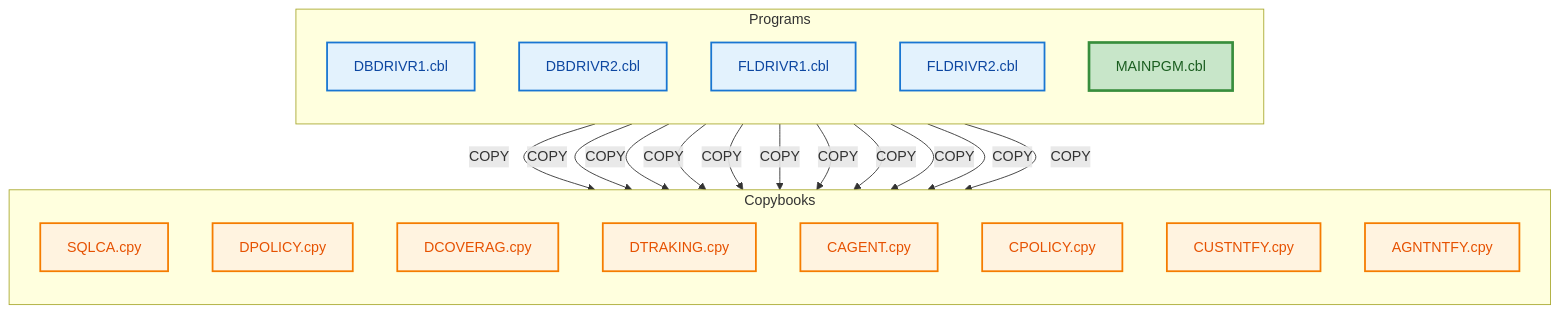
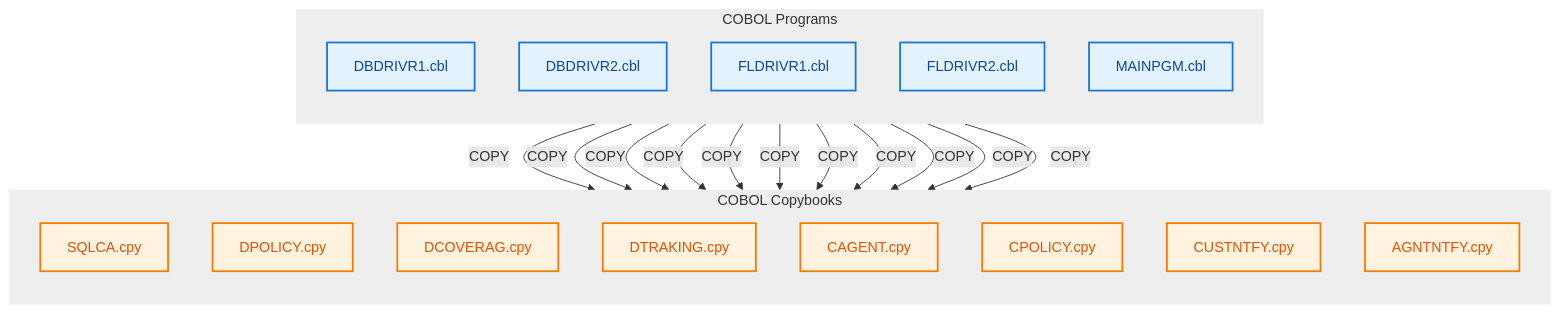
The diagram in csharp-output/dependency-diagram.md (Azure-Samples/Legacy-Modernization-Agents), drawn with Mermaid before and after one commit. The commit also changed 54 other files, not shown here.

````diff
--- a/csharp-output/dependency-diagram.md
+++ b/csharp-output/dependency-diagram.md
@@ -3,51 +3,50 @@
 ```mermaid
 graph TB
-  %% Styles
-  classDef program fill:#e3f2fd,stroke:#1976d2,stroke-width:2px,color:#0d47a1;
-  classDef copybook fill:#fff3e0,stroke:#f57c00,stroke-width:2px,color:#e65100;
-  classDef mainProgram fill:#c8e6c9,stroke:#388e3c,stroke-width:3px,color:#1b5e20;
+%% Styles
+classDef program fill:#e3f2fd,stroke:#1976d2,stroke-width:2px,color:#0d47a1;
+classDef copybook fill:#fff3e0,stroke:#f57c00,stroke-width:2px,color:#e65100;
+classDef subgraphTitle fill:#eeeeee,stroke:none,color:#333;
 
-  %% Programs Subgraph
-  subgraph Programs
+%% Programs Subgraph
+subgraph Programs [COBOL Programs]
     direction TB
     DBDRIVR1["DBDRIVR1.cbl"]
     DBDRIVR2["DBDRIVR2.cbl"]
     FLDRIVR1["FLDRIVR1.cbl"]
     FLDRIVR2["FLDRIVR2.cbl"]
     MAINPGM["MAINPGM.cbl"]
-  end
+end
+class Programs subgraphTitle
+class DBDRIVR1,DBDRIVR2,FLDRIVR1,FLDRIVR2,MAINPGM program
 
-  %% Copybooks Subgraph
-  subgraph Copybooks
+%% Copybooks Subgraph
+subgraph Copybooks [COBOL Copybooks]
     direction TB
     SQLCA["SQLCA.cpy"]
     DPOLICY["DPOLICY.cpy"]
     DCOVERAG["DCOVERAG.cpy"]
     DTRAKING["DTRAKING.cpy"]
     CAGENT["CAGENT.cpy"]
     CPOLICY["CPOLICY.cpy"]
     CUSTNTFY["CUSTNTFY.cpy"]
     AGNTNTFY["AGNTNTFY.cpy"]
-  end
+end
+class Copybooks subgraphTitle
+class SQLCA,DPOLICY,DCOVERAG,DTRAKING,CAGENT,CPOLICY,CUSTNTFY,AGNTNTFY copybook
 
-  %% Dependencies
-  DBDRIVR1 -->|COPY| SQLCA
-  DBDRIVR1 -->|COPY| DPOLICY
-  DBDRIVR1 -->|COPY| DCOVERAG
-  DBDRIVR1 -->|COPY| DTRAKING
+%% Dependencies
+DBDRIVR1 -->|COPY| SQLCA
+DBDRIVR1 -->|COPY| DPOLICY
+DBDRIVR1 -->|COPY| DCOVERAG
+DBDRIVR1 -->|COPY| DTRAKING
 
-  DBDRIVR2 -->|COPY| SQLCA
-  DBDRIVR2 -->|COPY| DTRAKING
+DBDRIVR2 -->|COPY| SQLCA
+DBDRIVR2 -->|COPY| DTRAKING
 
-  FLDRIVR1 -->|COPY| CAGENT
+FLDRIVR1 -->|COPY| CAGENT
 
-  MAINPGM -->|COPY| CPOLICY
-  MAINPGM -->|COPY| CAGENT
-  MAINPGM -->|COPY| CUSTNTFY
-  MAINPGM -->|COPY| AGNTNTFY
-
-  %% Assign styles
-  class DBDRIVR1,DBDRIVR2,FLDRIVR1,FLDRIVR2 program;
-  class MAINPGM mainProgram;
-  class SQLCA,DPOLICY,DCOVERAG,DTRAKING,CAGENT,CPOLICY,CUSTNTFY,AGNTNTFY copybook;
+MAINPGM -->|COPY| CPOLICY
+MAINPGM -->|COPY| CAGENT
+MAINPGM -->|COPY| CUSTNTFY
+MAINPGM -->|COPY| AGNTNTFY
 ```
````
